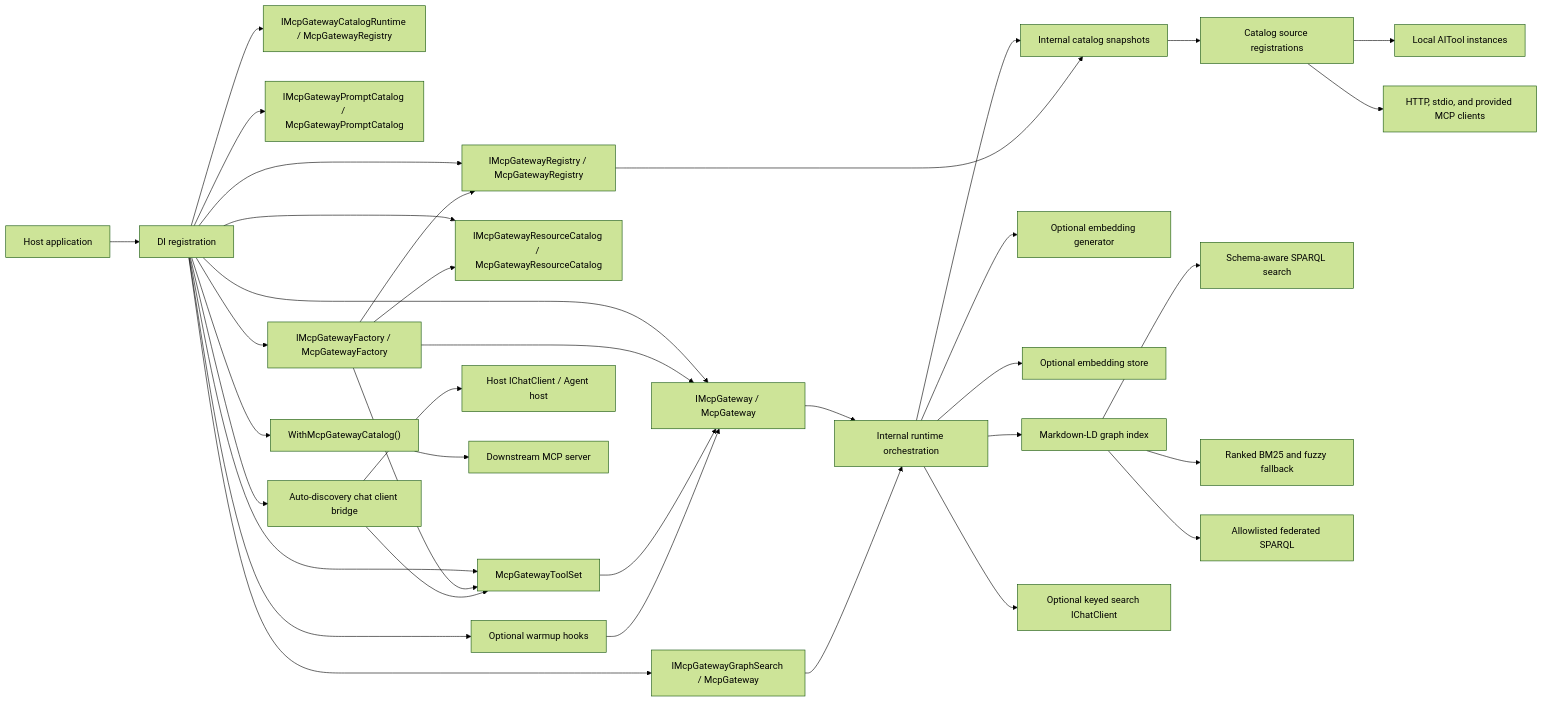
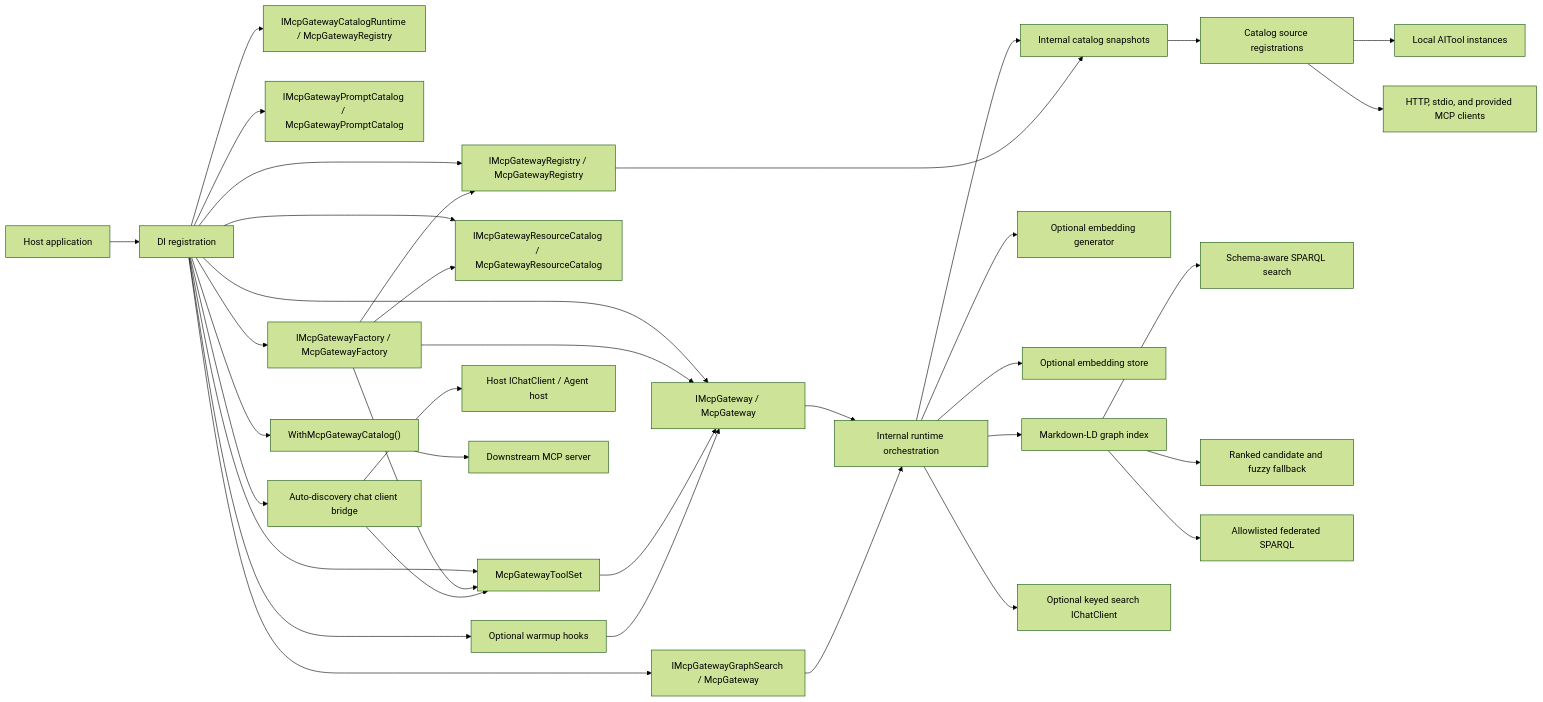
The second of 4 diagrams in docs/Architecture/Overview.md (managedcode/MCPGateway), drawn with Mermaid (forest theme) before and after one commit. The commit also changed other lines of this file and 28 other files, not shown here.

Commit message:
Optimize graph-backed search performance

````diff
--- a/docs/Architecture/Overview.md
+++ b/docs/Architecture/Overview.md
@@ -65,38 +65,38 @@
 ```mermaid
 flowchart LR
     Host["Host application"] --> DI["DI registration"]
     DI --> Facade["IMcpGateway / McpGateway"]
     DI --> Registry["IMcpGatewayRegistry / McpGatewayRegistry"]
     DI --> CatalogRuntime["IMcpGatewayCatalogRuntime / McpGatewayRegistry"]
     DI --> GraphSearch["IMcpGatewayGraphSearch / McpGateway"]
     DI --> PromptCatalog["IMcpGatewayPromptCatalog / McpGatewayPromptCatalog"]
     DI --> ResourceCatalog["IMcpGatewayResourceCatalog / McpGatewayResourceCatalog"]
     DI --> Factory["IMcpGatewayFactory / McpGatewayFactory"]
     DI --> ToolSet["McpGatewayToolSet"]
     DI --> McpServerExport["WithMcpGatewayCatalog()"]
     DI --> AutoDiscovery["Auto-discovery chat client bridge"]
     DI --> Warmup["Optional warmup hooks"]
     Factory --> Facade
     Factory --> Registry
     Factory --> ResourceCatalog
     Factory --> ToolSet
     ToolSet --> Facade
     AutoDiscovery --> ToolSet
     AutoDiscovery --> HostChat["Host IChatClient / Agent host"]
     Warmup --> Facade
     Facade --> Runtime["Internal runtime orchestration"]
     GraphSearch --> Runtime
     Runtime --> Catalog["Internal catalog snapshots"]
     Registry --> Catalog
     Catalog --> Sources["Catalog source registrations"]
     Sources --> Local["Local AITool instances"]
     Sources --> MCP["HTTP, stdio, and provided MCP clients"]
     McpServerExport --> ExportedMcp["Downstream MCP server"]
     Runtime --> Embedder["Optional embedding generator"]
     Runtime --> Store["Optional embedding store"]
     Runtime --> Graph["Markdown-LD graph index"]
     Graph --> SchemaSparql["Schema-aware SPARQL search"]
-    Graph --> RankedBm25["Ranked BM25 and fuzzy fallback"]
+    Graph --> RankedCandidates["Ranked candidate and fuzzy fallback"]
     Graph --> FederatedSparql["Allowlisted federated SPARQL"]
     Runtime --> Normalizer["Optional keyed search IChatClient"]
 ```
````
